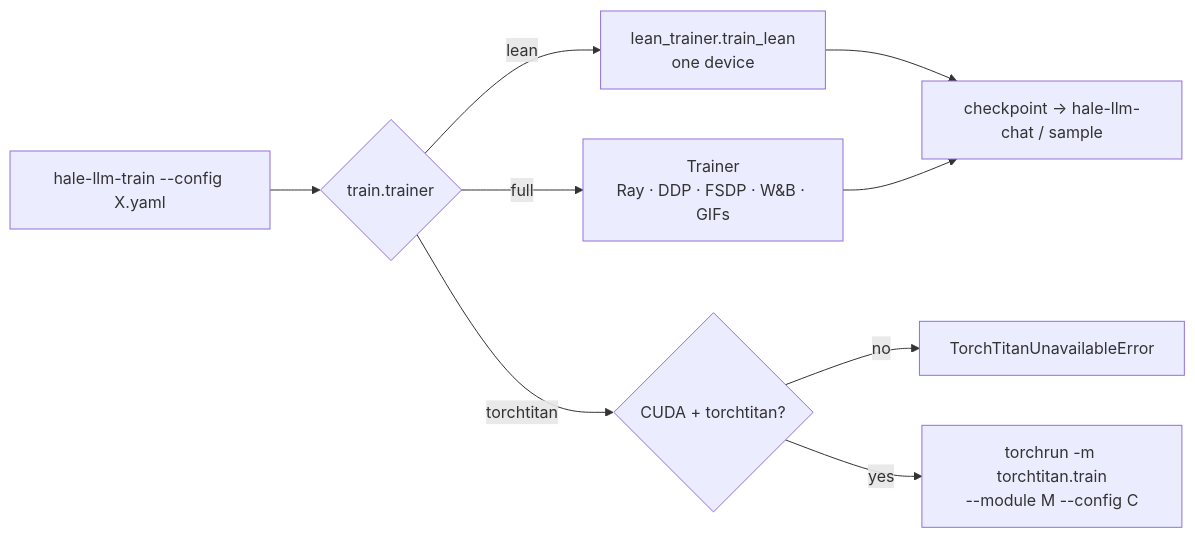
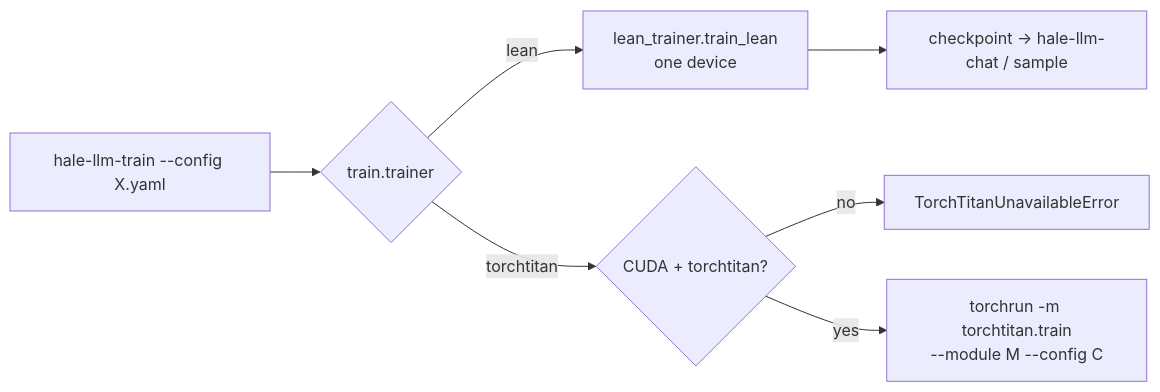
Before and after one commit to basaanithanaveenkumar/Hale-LLM: the diagram in docs/training.md, drawn with Mermaid. The commit also changed other lines of this file and 215 other files, not shown here.

````diff
--- a/docs/training.md
+++ b/docs/training.md
@@ -12,11 +11,9 @@
 ```mermaid
 flowchart LR
   CLI["hale-llm-train --config X.yaml"] --> R{"train.trainer"}
   R -- lean --> L["lean_trainer.train_lean<br/>one device"]
-  R -- full --> F["Trainer<br/>Ray · DDP · FSDP · W&B · GIFs"]
   R -- torchtitan --> G{"CUDA + torchtitan?"}
   G -- no --> E["TorchTitanUnavailableError"]
   G -- yes --> T["torchrun -m torchtitan.train<br/>--module M --config C"]
   L --> C["checkpoint → hale-llm-chat / sample"]
-  F --> C
 ```
````
